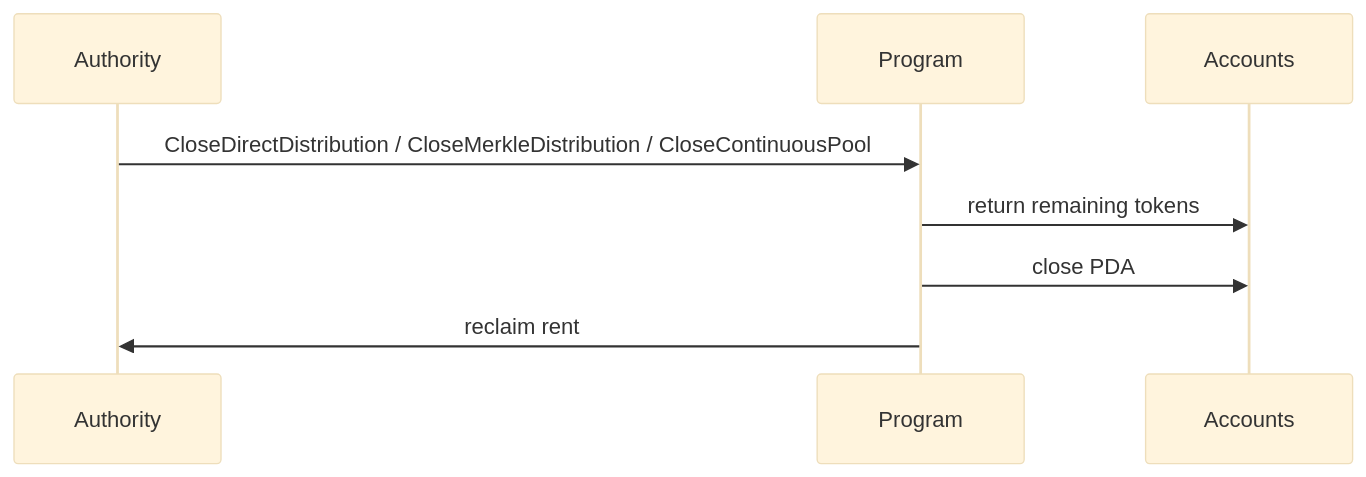
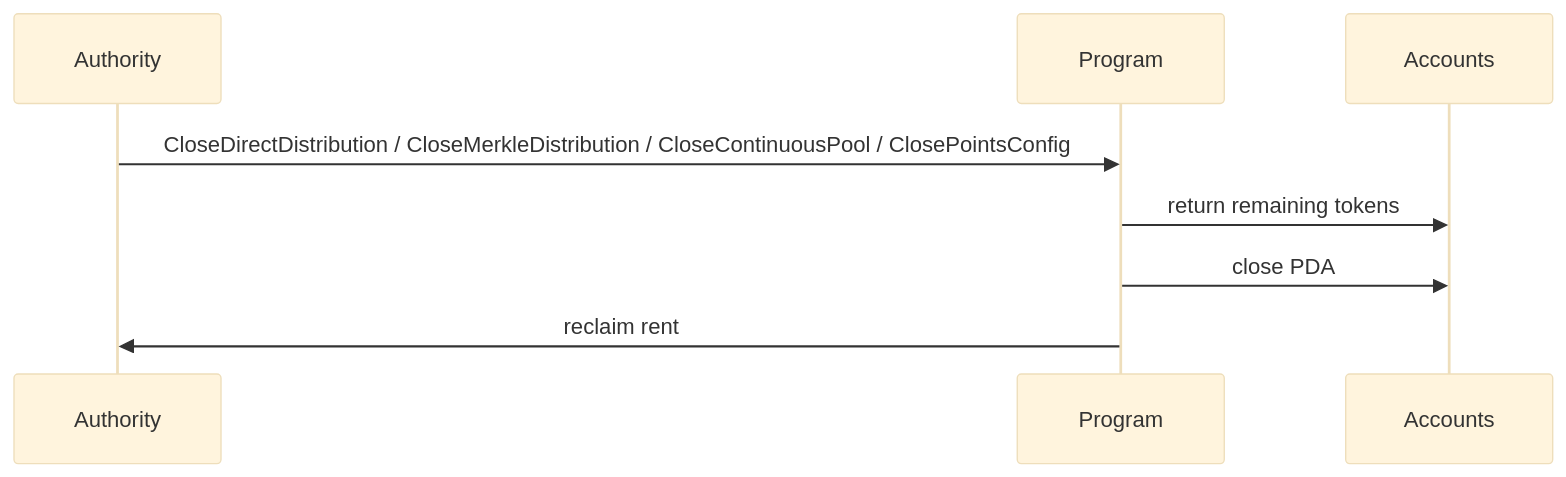
Before and after one commit to solana-foundation/rewards: the seventh of 7 diagrams in README.md, drawn with Mermaid (base theme). The commit also changed other lines of this file and 72 other files, not shown here.

First line of the commit message:
feat(rewards-program): add points system (#22)

````diff
--- a/README.md
+++ b/README.md
@@ -208,11 +255,11 @@
 ```mermaid
 sequenceDiagram
     participant Authority
     participant Program
     participant Accounts
 
-    Authority->>Program: CloseDirectDistribution / CloseMerkleDistribution / CloseContinuousPool
+    Authority->>Program: CloseDirectDistribution / CloseMerkleDistribution / CloseContinuousPool / ClosePointsConfig
     Program->>Accounts: return remaining tokens
     Program->>Accounts: close PDA
     Program->>Authority: reclaim rent
 ```
````
